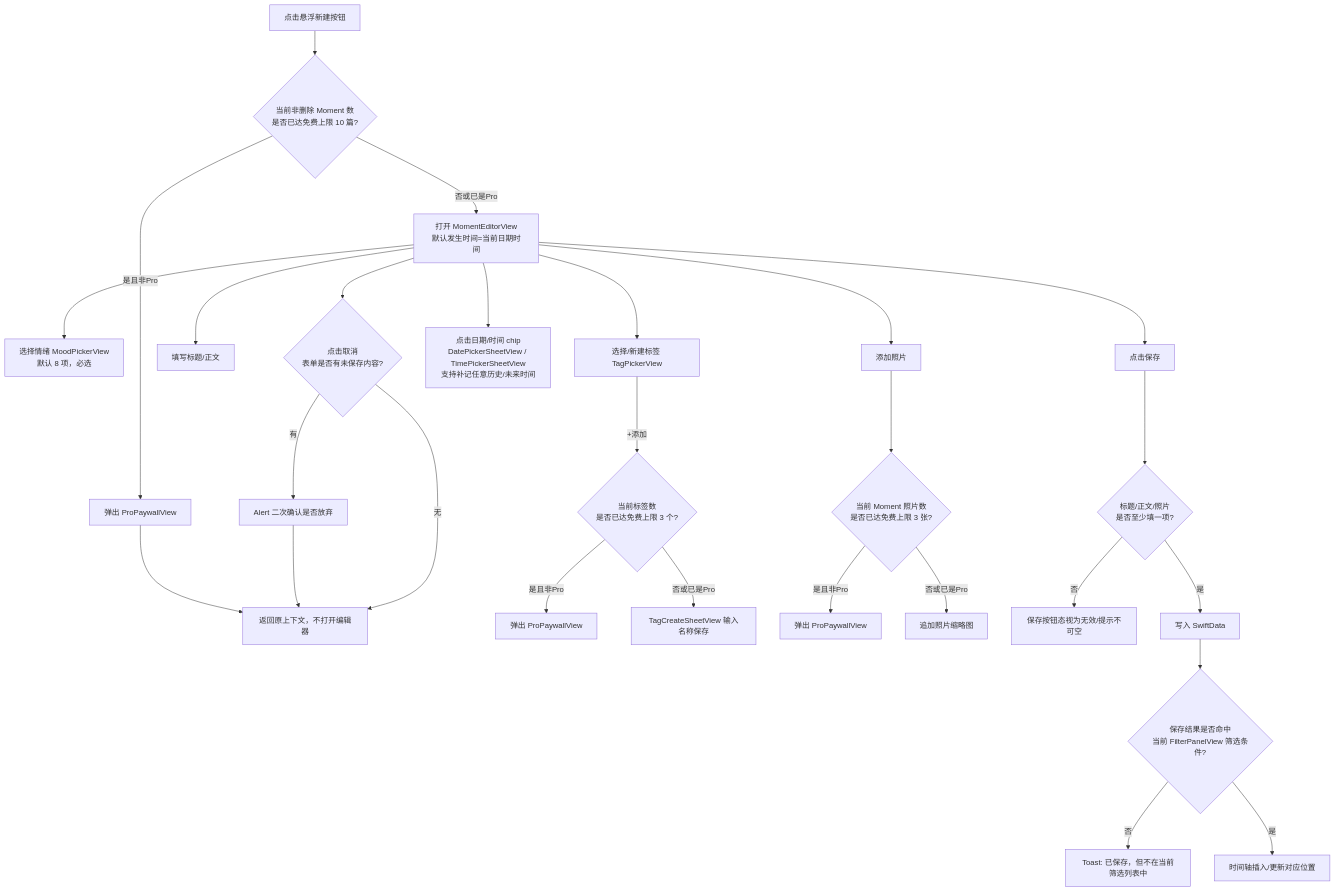
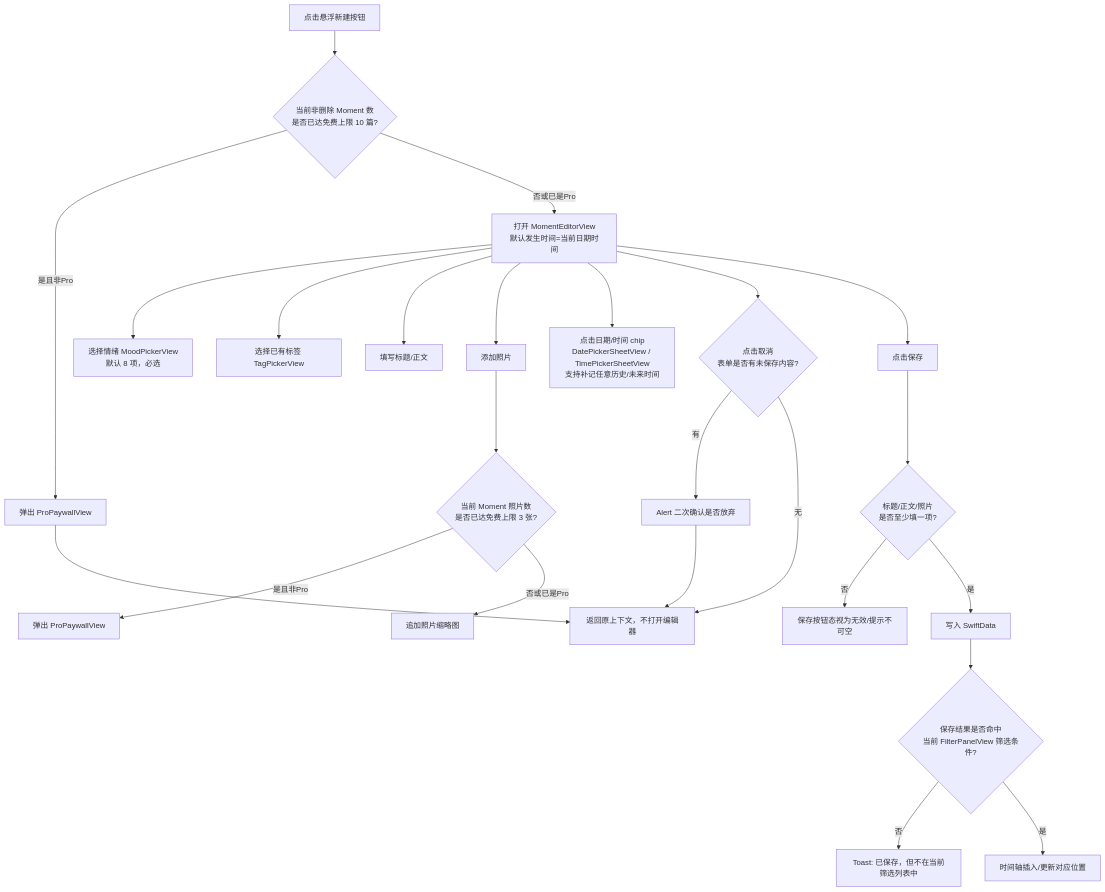
Before and after one commit to amuqiao/HeatMoment2: the first of 2 diagrams in docs/design/03-user-flows.md, drawn with Mermaid. The commit also changed other lines of this file and 23 other files, not shown here.

````diff
--- a/docs/design/03-user-flows.md
+++ b/docs/design/03-user-flows.md
@@ -7,27 +7,24 @@
 ```mermaid
 flowchart TD
     A[点击悬浮新建按钮] --> B{当前非删除 Moment 数<br/>是否已达免费上限 10 篇?}
     B -->|是且非Pro| P1[弹出 ProPaywallView] --> Z[返回原上下文，不打开编辑器]
     B -->|否或已是Pro| C[打开 MomentEditorView<br/>默认发生时间=当前日期时间]
     C --> D[选择情绪 MoodPickerView<br/>默认 8 项，必选]
-    C --> E[选择/新建标签 TagPickerView]
-    E -->|+添加| E1{当前标签数<br/>是否已达免费上限 3 个?}
-    E1 -->|是且非Pro| P2[弹出 ProPaywallView]
-    E1 -->|否或已是Pro| E2[TagCreateSheetView 输入名称保存]
+    C --> E[选择已有标签 TagPickerView]
     C --> F[填写标题/正文]
     C --> G[添加照片]
     G --> G1{当前 Moment 照片数<br/>是否已达免费上限 3 张?}
     G1 -->|是且非Pro| P3[弹出 ProPaywallView]
     G1 -->|否或已是Pro| G2[追加照片缩略图]
     C --> H[点击日期/时间 chip<br/>DatePickerSheetView / TimePickerSheetView<br/>支持补记任意历史/未来时间]
     C --> I{点击取消<br/>表单是否有未保存内容?}
     I -->|有| I1[Alert 二次确认是否放弃] --> Z
     I -->|无| Z
     C --> J[点击保存]
     J --> K{标题/正文/照片<br/>是否至少填一项?}
     K -->|否| K1[保存按钮态视为无效/提示不可空]
     K -->|是| L[写入 SwiftData]
     L --> M{保存结果是否命中<br/>当前 FilterPanelView 筛选条件?}
     M -->|否| M1[Toast: 已保存，但不在当前筛选列表中]
     M -->|是| N[时间轴插入/更新对应位置]
 ```
````
